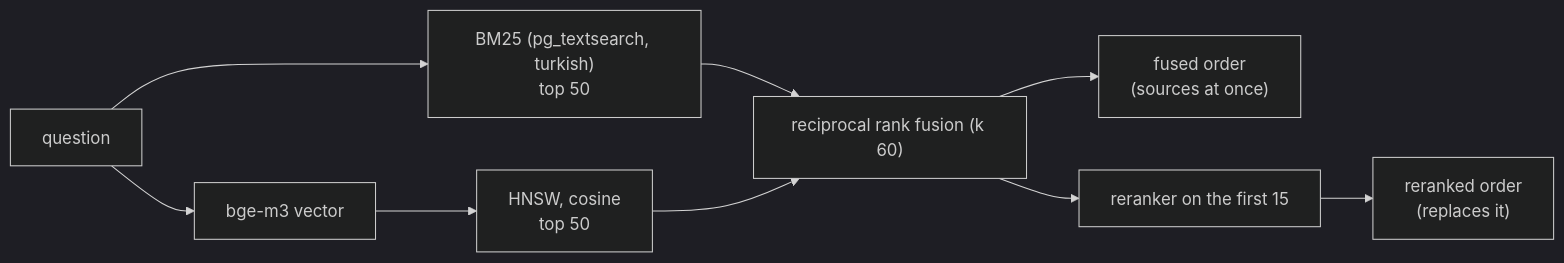
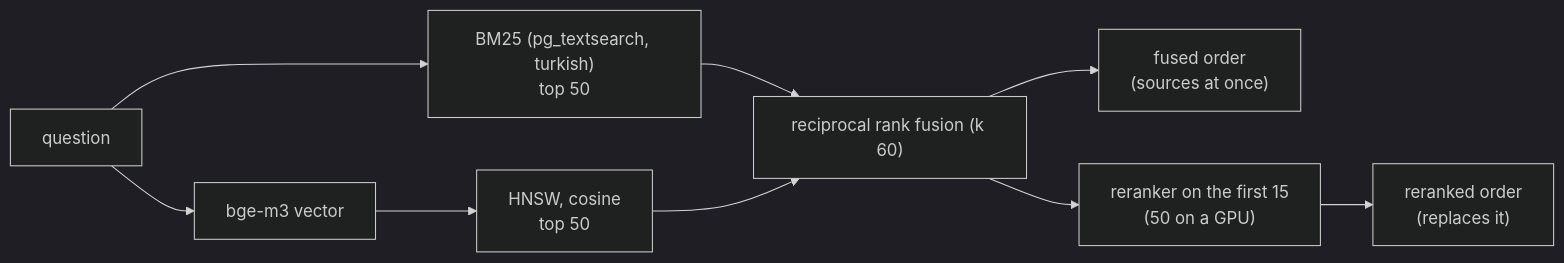
One commit to FurkanKocatas/Synapse changed the diagram in docs/design/search.md. Above: the diagram before and after it, drawn with Mermaid (dark theme). The commit also changed other lines of this file and 12 other files, not shown here.

First line of the commit message:
search: the reranker reads the fusion's first 50 with the model on a GPU

````diff
--- a/docs/design/search.md
+++ b/docs/design/search.md
@@ -7,9 +7,9 @@
 ```mermaid
 flowchart LR
     Q[question] --> L["BM25 (pg_textsearch, turkish)<br/>top 50"]
     Q --> E[bge-m3 vector] --> D["HNSW, cosine<br/>top 50"]
     L --> F["reciprocal rank fusion (k 60)"]
     D --> F
     F --> S["fused order<br/>(sources at once)"]
-    F --> R["reranker on the first 15"] --> O["reranked order<br/>(replaces it)"]
+    F --> R["reranker on the first 15<br/>(50 on a GPU)"] --> O["reranked order<br/>(replaces it)"]
 ```
````
